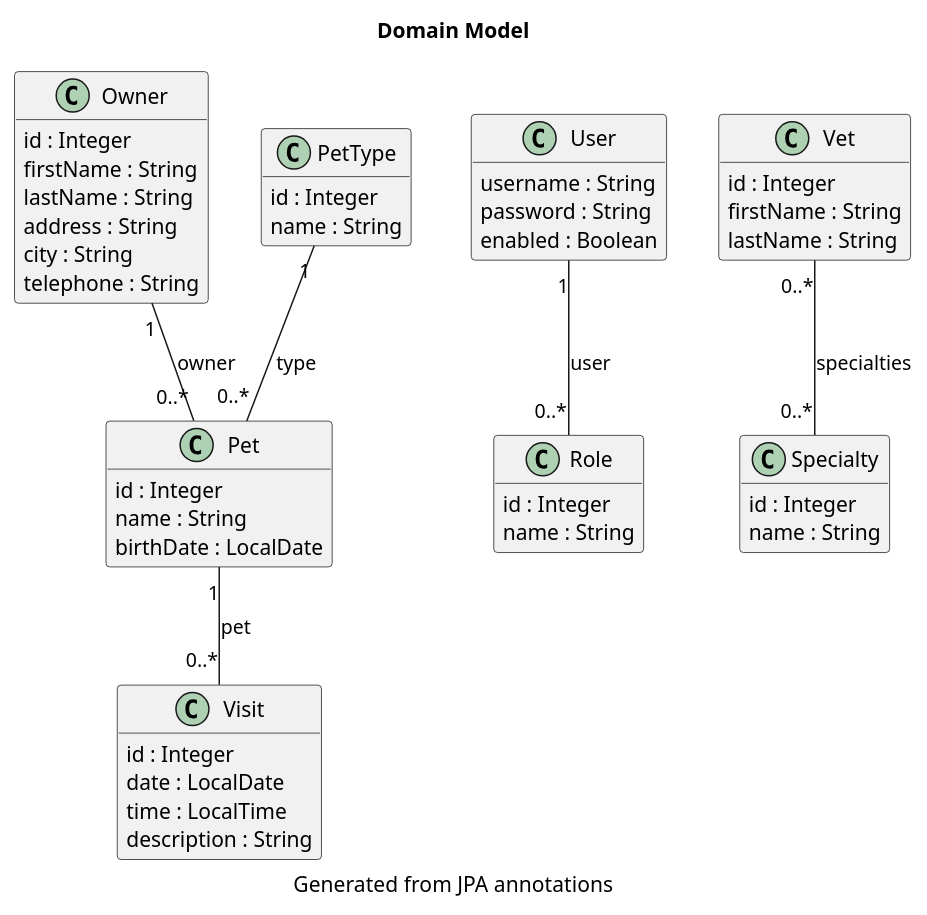
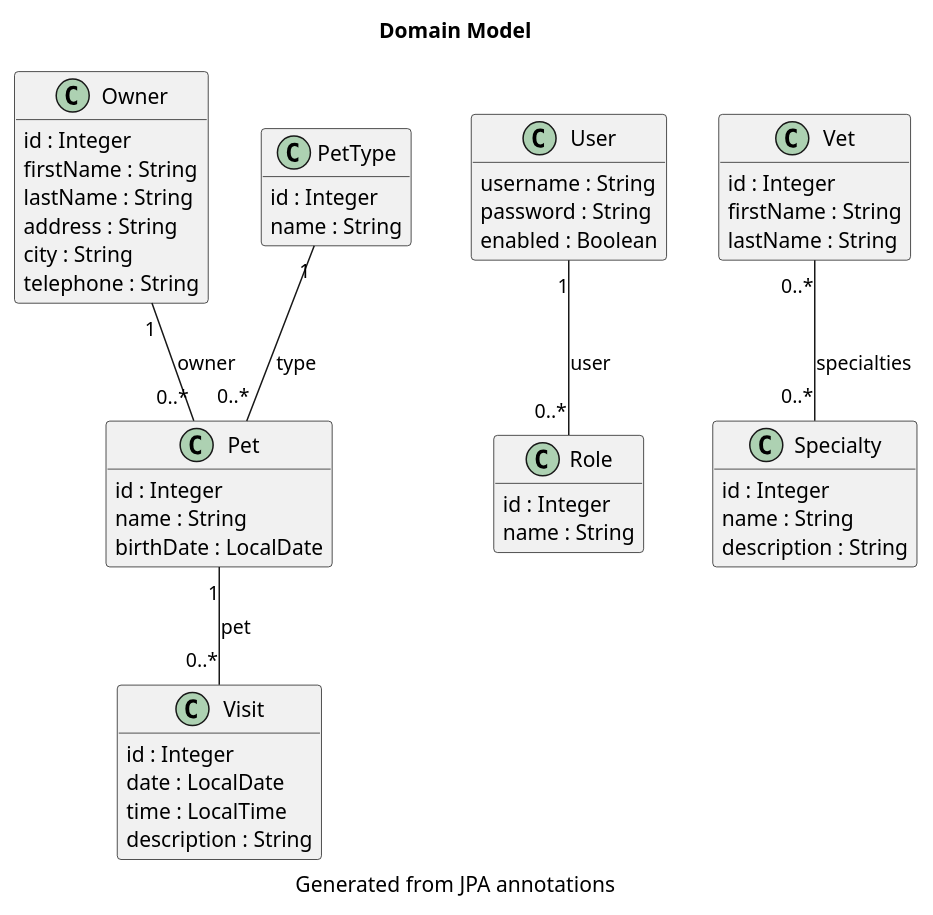
Before and after one commit to pmattiollo/petclinic: the diagram in petclinic-backend/docs/generated/DomainModel.puml, drawn with PlantUML.

Commit message:
chore(guardrail): regenerate diagrams, DB.sql, and api-types.ts [skip ci]

```diff
--- a/petclinic-backend/docs/generated/DomainModel.puml
+++ b/petclinic-backend/docs/generated/DomainModel.puml
@@ -1,57 +1,58 @@
 @startuml
 
 title Domain Model
 caption Generated from JPA annotations
 
 hide empty members
 skinparam classAttributeIconSize 0
 
 class Owner {
   id : Integer
   firstName : String
   lastName : String
   address : String
   city : String
   telephone : String
 }
 class Pet {
   id : Integer
   name : String
   birthDate : LocalDate
 }
 class PetType {
   id : Integer
   name : String
 }
 class Role {
   id : Integer
   name : String
 }
 class Specialty {
   id : Integer
   name : String
+  description : String
 }
 class User {
   username : String
   password : String
   enabled : Boolean
 }
 class Vet {
   id : Integer
   firstName : String
   lastName : String
 }
 class Visit {
   id : Integer
   date : LocalDate
   time : LocalTime
   description : String
 }
 
 PetType "1" -- "0..*" Pet : type
 Owner "1" -- "0..*" Pet : owner
 User "1" -- "0..*" Role : user
 Vet "0..*" -- "0..*" Specialty : specialties
 Pet "1" -- "0..*" Visit : pet
 
 @enduml
```
